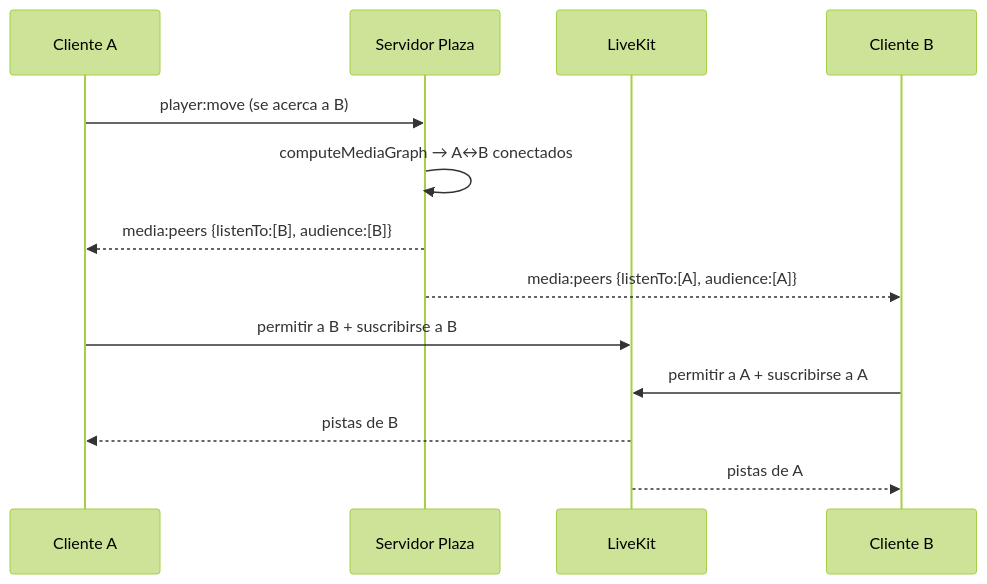
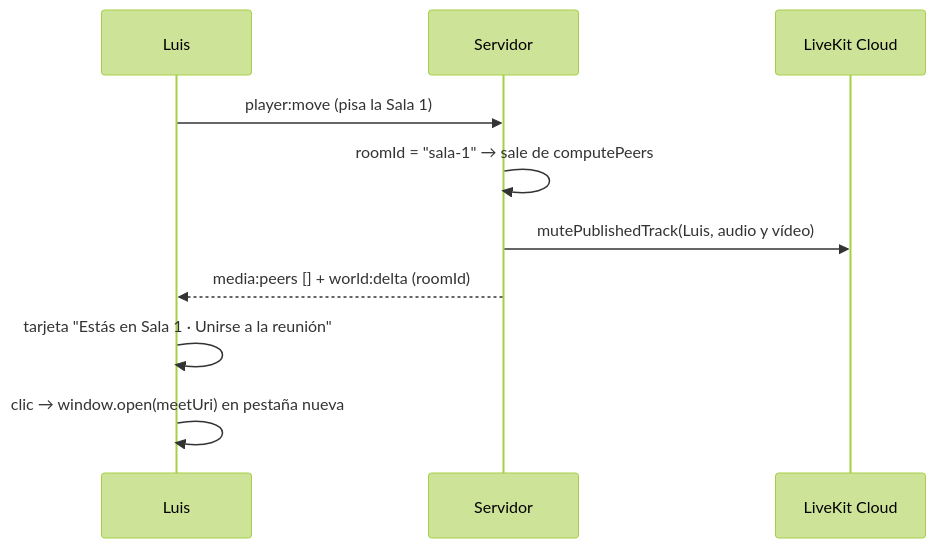
Before and after one commit to nesram5/html-course: the fourth of 4 diagrams in docs/virtual-office-mvp/02-arquitectura.md, drawn with Mermaid (forest theme). The commit also changed other lines of this file and 19 other files, not shown here.

First line of the commit message:
docs: simplify Plaza MVP plan (Google login, LiveKit Cloud, Google Meet rooms)

````diff
--- a/docs/virtual-office-mvp/02-arquitectura.md
+++ b/docs/virtual-office-mvp/02-arquitectura.md
@@ -402,15 +334,12 @@
 ```mermaid
 sequenceDiagram
-    participant A as Cliente A
-    participant S as Servidor Plaza
-    participant L as LiveKit
-    participant B as Cliente B
-    A->>S: player:move (se acerca a B)
-    S->>S: computeMediaGraph → A↔B conectados
-    S-->>A: media:peers {listenTo:[B], audience:[B]}
-    S-->>B: media:peers {listenTo:[A], audience:[A]}
-    A->>L: permitir a B + suscribirse a B
-    B->>L: permitir a A + suscribirse a A
-    L-->>A: pistas de B
-    L-->>B: pistas de A
+    participant L as Luis
+    participant S as Servidor
+    participant K as LiveKit Cloud
+    L->>S: player:move (pisa la Sala 1)
+    S->>S: roomId = "sala-1" → sale de computePeers
+    S->>K: mutePublishedTrack(Luis, audio y vídeo)
+    S-->>L: media:peers [] + world:delta (roomId)
+    L->>L: tarjeta "Estás en Sala 1 · Unirse a la reunión"
+    L->>L: clic → window.open(meetUri) en pestaña nueva
 ```
````
